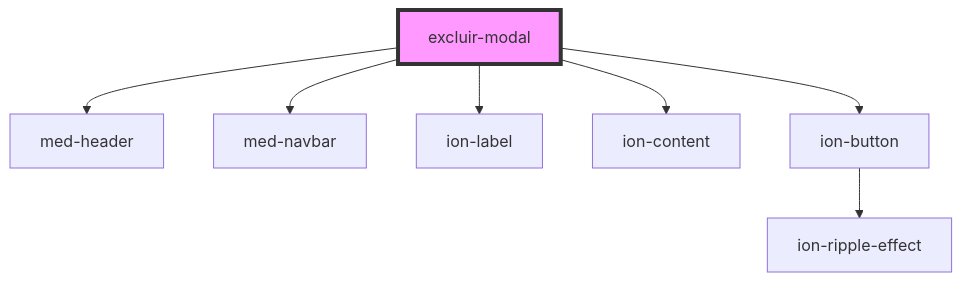
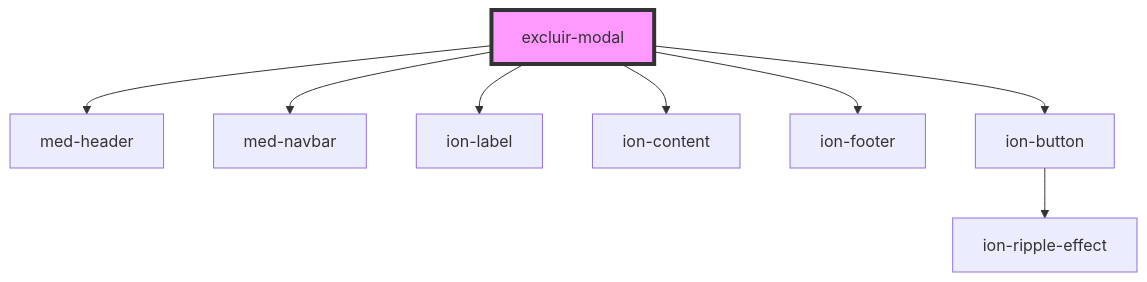
One commit to MEDGRUPOGIT/ionic-framework-1 changed the diagram in core/src/components/@templarios/ionic-1-migracao/duvidas-academicas/excluir-modal/readme.md. Above: the diagram before and after it, drawn with Mermaid. The commit also changed other lines of this file and 37 other files, not shown here.

````diff
--- a/core/src/components/@templarios/ionic-1-migracao/duvidas-academicas/excluir-modal/readme.md
+++ b/core/src/components/@templarios/ionic-1-migracao/duvidas-academicas/excluir-modal/readme.md
@@ -19,10 +20,11 @@
 ```mermaid
 graph TD;
   excluir-modal --> med-header
   excluir-modal --> med-navbar
   excluir-modal --> ion-label
   excluir-modal --> ion-content
+  excluir-modal --> ion-footer
   excluir-modal --> ion-button
   ion-button --> ion-ripple-effect
   style excluir-modal fill:#f9f,stroke:#333,stroke-width:4px
 ```
````
